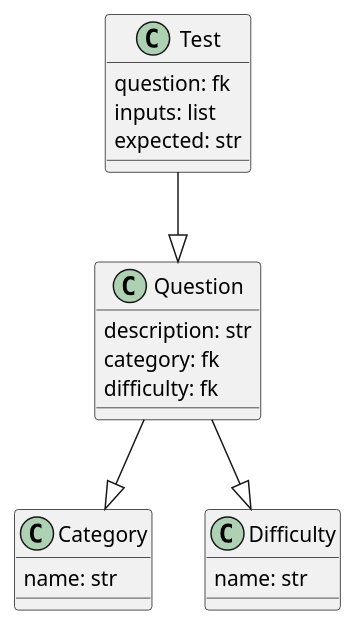
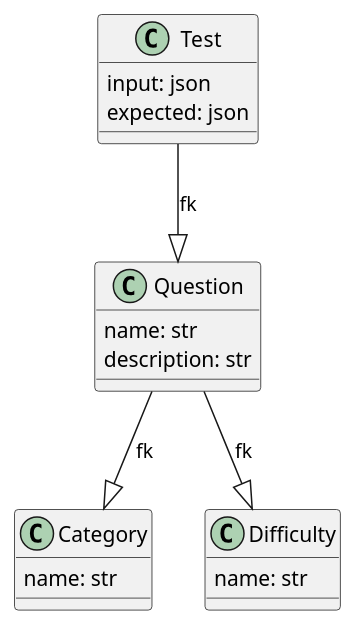
Before and after one commit to mance-rah/AlgoShell: the diagram in TestRequestService/models.puml, drawn with PlantUML.

Commit message:
Change field type of input and expected to json and add name field to question

```diff
--- a/TestRequestService/models.puml
+++ b/TestRequestService/models.puml
@@ -1,25 +1,23 @@
 @startuml
 class Question {
+    name: str
     description: str
-    category: fk
-    difficulty: fk
 }
 
 class Category {
     name: str
 }
 
 class Difficulty {
     name: str
 }
 
 class Test {
-    question: fk
-    inputs: list
-    expected: str
+    input: json
+    expected: json
 }
 
-Test --|> Question
-Question --|> Category
-Question --|> Difficulty
+Test --|> Question: fk
+Question --|> Category: fk
+Question --|> Difficulty: fk
 @enduml
```
